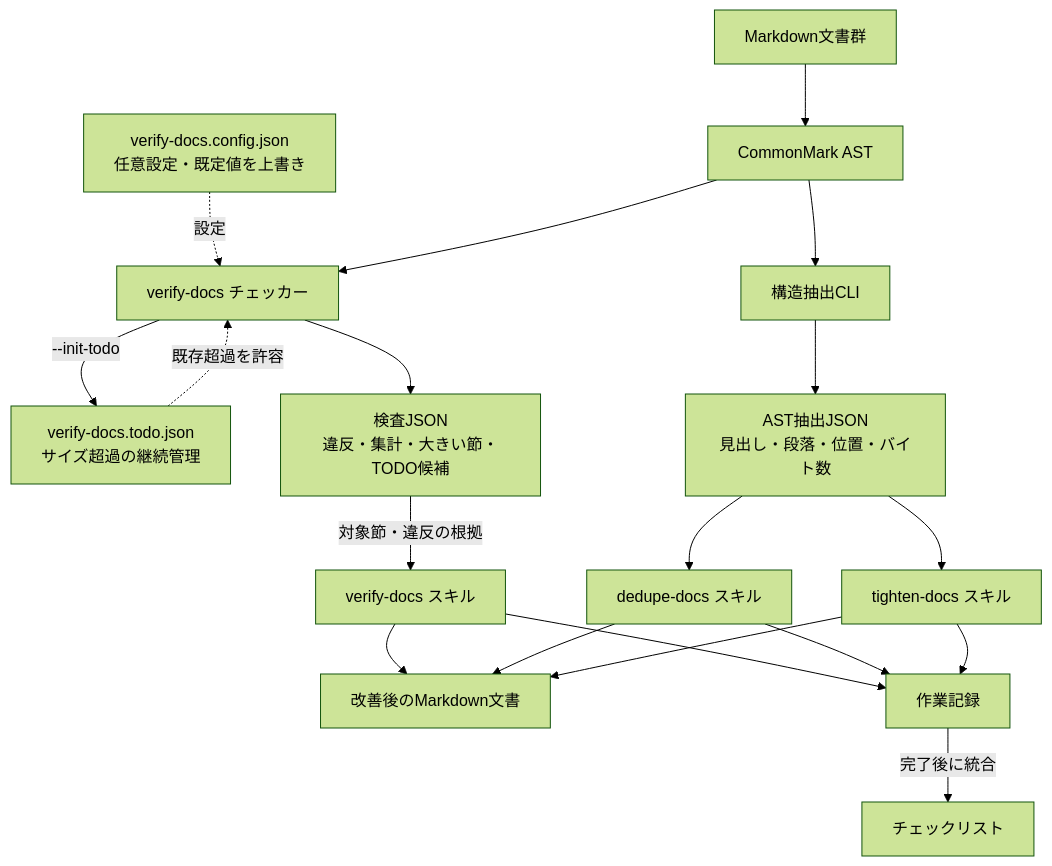
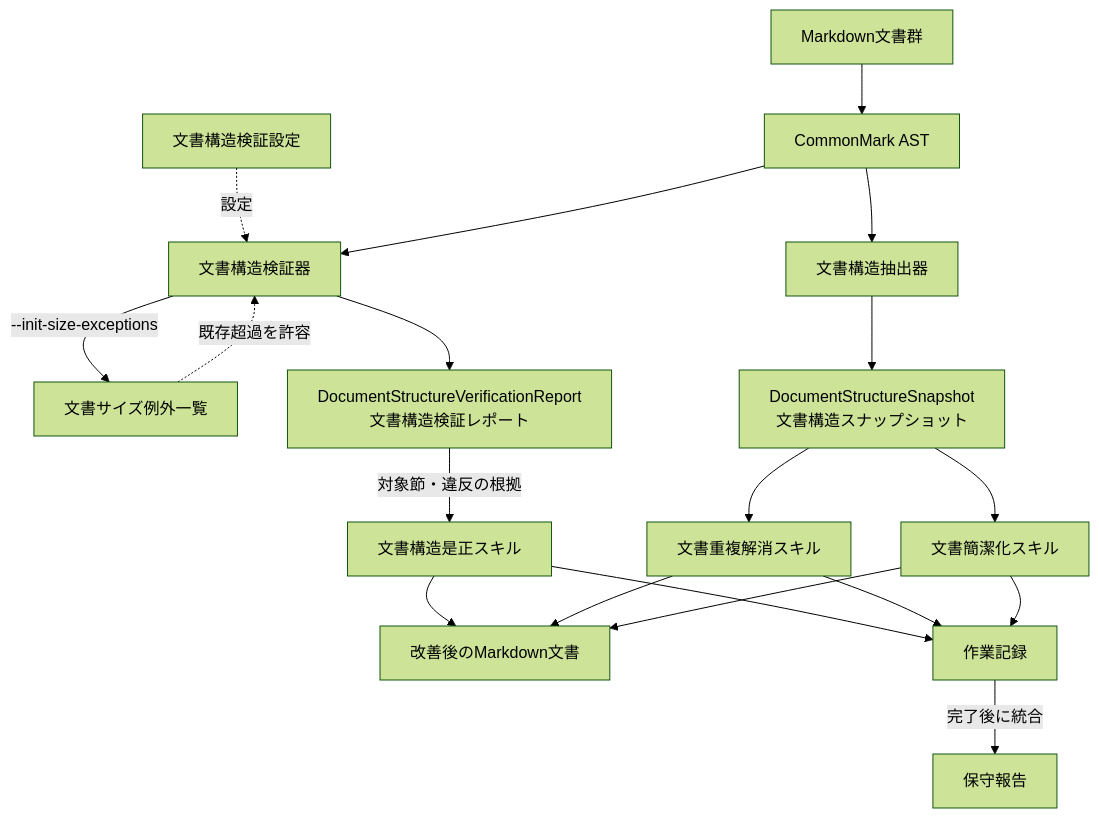
The diagram in packages/verify-docs/README.md (MichinaoShimizu/claude-kit), drawn with Mermaid (forest theme) before and after one commit. The commit also changed other lines of this file and 32 other files, not shown here.

````diff
--- a/packages/verify-docs/README.md
+++ b/packages/verify-docs/README.md
@@ -83,37 +76,37 @@
 ```mermaid
 flowchart TD
     Docs[Markdown文書群]
-    Config[verify-docs.config.json<br/>任意設定・既定値を上書き]
-    Todo[verify-docs.todo.json<br/>サイズ超過の継続管理]
+    Config[文書構造検証設定]
+    SizeExceptions[文書サイズ例外一覧]
     AST[CommonMark AST]
-    Checker[verify-docs チェッカー]
-    CheckJSON[検査JSON<br/>違反・集計・大きい節・TODO候補]
-    Extractor[構造抽出CLI]
-    ASTJSON[AST抽出JSON<br/>見出し・段落・位置・バイト数]
-    VerifySkill[verify-docs スキル]
-    Dedupe[dedupe-docs スキル]
-    Tighten[tighten-docs スキル]
+    DocumentStructureVerifier[文書構造検証器]
+    VerificationReport[DocumentStructureVerificationReport<br/>文書構造検証レポート]
+    DocumentStructureExtractor[文書構造抽出器]
+    StructureSnapshot[DocumentStructureSnapshot<br/>文書構造スナップショット]
+    VerifySkill[文書構造是正スキル]
+    Dedupe[文書重複解消スキル]
+    Tighten[文書簡潔化スキル]
     UpdatedDocs[改善後のMarkdown文書]
     WorkRecords[作業記録]
-    Checklist[チェックリスト]
+    MaintenanceReport[保守報告]
 
     Docs --> AST
-    Config -.設定.-> Checker
-    Todo -.既存超過を許容.-> Checker
-    AST --> Checker
-    Checker --> CheckJSON
-    Checker -->|--init-todo| Todo
-    CheckJSON -->|対象節・違反の根拠| VerifySkill
+    Config -.設定.-> DocumentStructureVerifier
+    SizeExceptions -.既存超過を許容.-> DocumentStructureVerifier
+    AST --> DocumentStructureVerifier
+    DocumentStructureVerifier --> VerificationReport
+    DocumentStructureVerifier -->|--init-size-exceptions| SizeExceptions
+    VerificationReport -->|対象節・違反の根拠| VerifySkill
     VerifySkill --> WorkRecords
     VerifySkill --> UpdatedDocs
 
-    AST --> Extractor
-    Extractor --> ASTJSON
-    ASTJSON --> Dedupe
-    ASTJSON --> Tighten
+    AST --> DocumentStructureExtractor
+    DocumentStructureExtractor --> StructureSnapshot
+    StructureSnapshot --> Dedupe
+    StructureSnapshot --> Tighten
     Dedupe --> WorkRecords
     Tighten --> WorkRecords
-    WorkRecords -->|完了後に統合| Checklist
+    WorkRecords -->|完了後に統合| MaintenanceReport
     Dedupe --> UpdatedDocs
     Tighten --> UpdatedDocs
 ```
````
